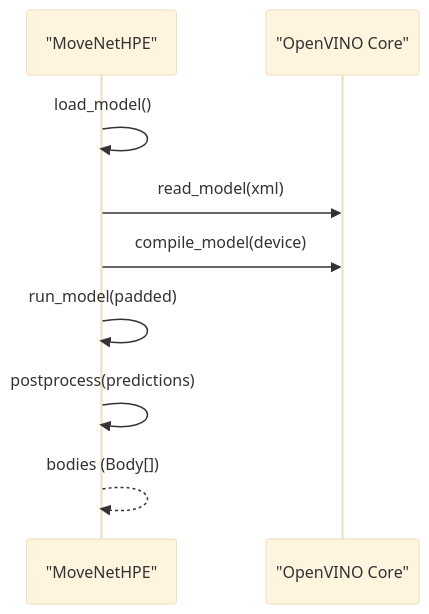
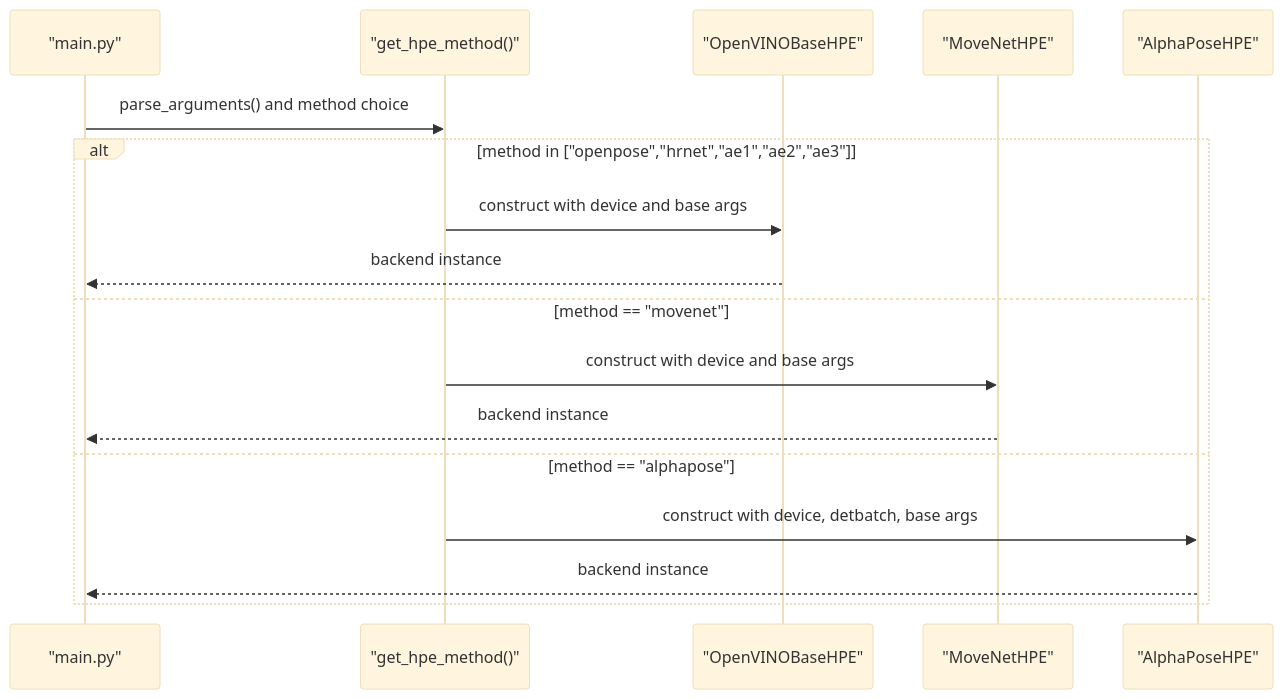
The fourth of 10 diagrams in .qoder/repowiki/en/content/Core Architecture/Core Architecture.md (Fogus-Gr/MeasurementsDTs), drawn with Mermaid (base theme) before and after one commit. The commit also changed other lines of this file and 158 other files, not shown here.

````diff
--- a/.qoder/repowiki/en/content/Core Architecture/Core Architecture.md
+++ b/.qoder/repowiki/en/content/Core Architecture/Core Architecture.md
@@ -329,11 +184,19 @@
 ```mermaid
 sequenceDiagram
+participant CLI as "main.py"
+participant Factory as "get_hpe_method()"
+participant OV as "OpenVINOBaseHPE"
 participant MV as "MoveNetHPE"
-participant OV as "OpenVINO Core"
-MV->>MV : load_model()
-MV->>OV : read_model(xml)
-MV->>OV : compile_model(device)
-MV->>MV : run_model(padded)
-MV->>MV : postprocess(predictions)
-MV-->>MV : bodies (Body[])
+participant AP as "AlphaPoseHPE"
+CLI->>Factory : parse_arguments() and method choice
+alt method in ["openpose","hrnet","ae1","ae2","ae3"]
+Factory->>OV : construct with device and base args
+OV-->>CLI : backend instance
+else method == "movenet"
+Factory->>MV : construct with device and base args
+MV-->>CLI : backend instance
+else method == "alphapose"
+Factory->>AP : construct with device, detbatch, base args
+AP-->>CLI : backend instance
+end
 ```
````
